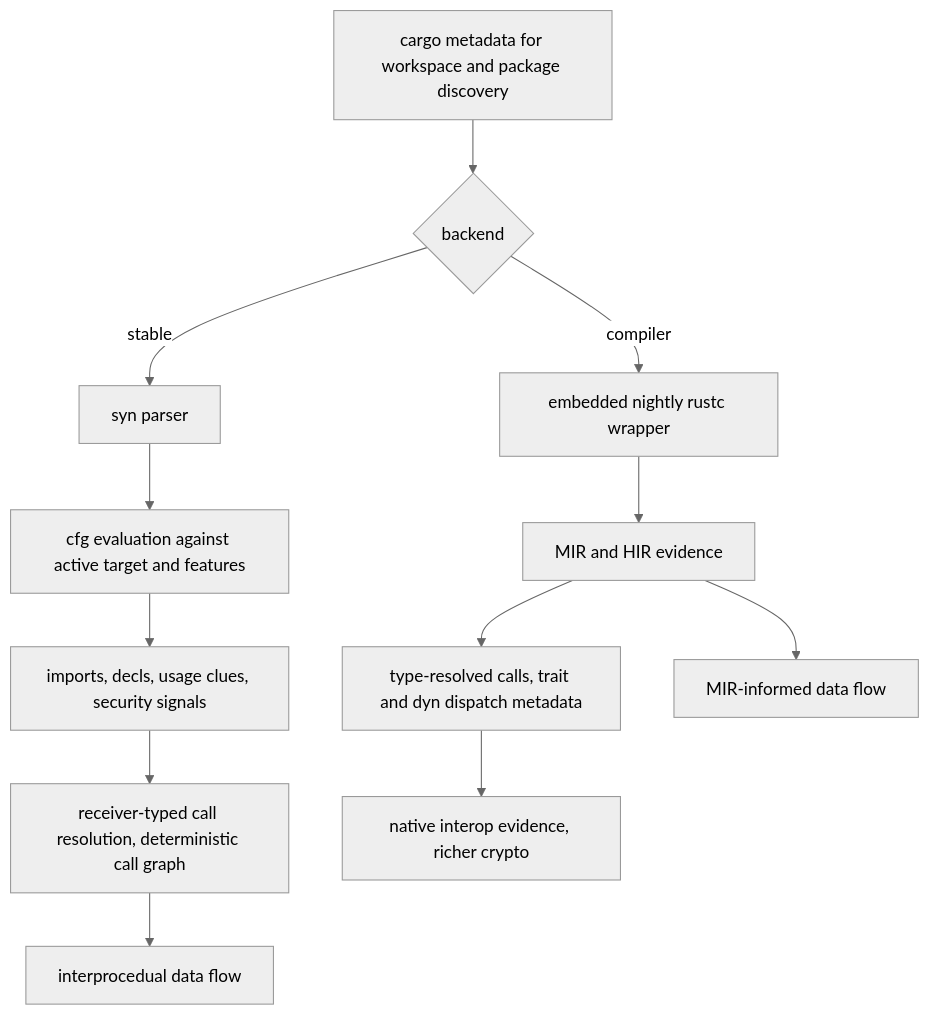
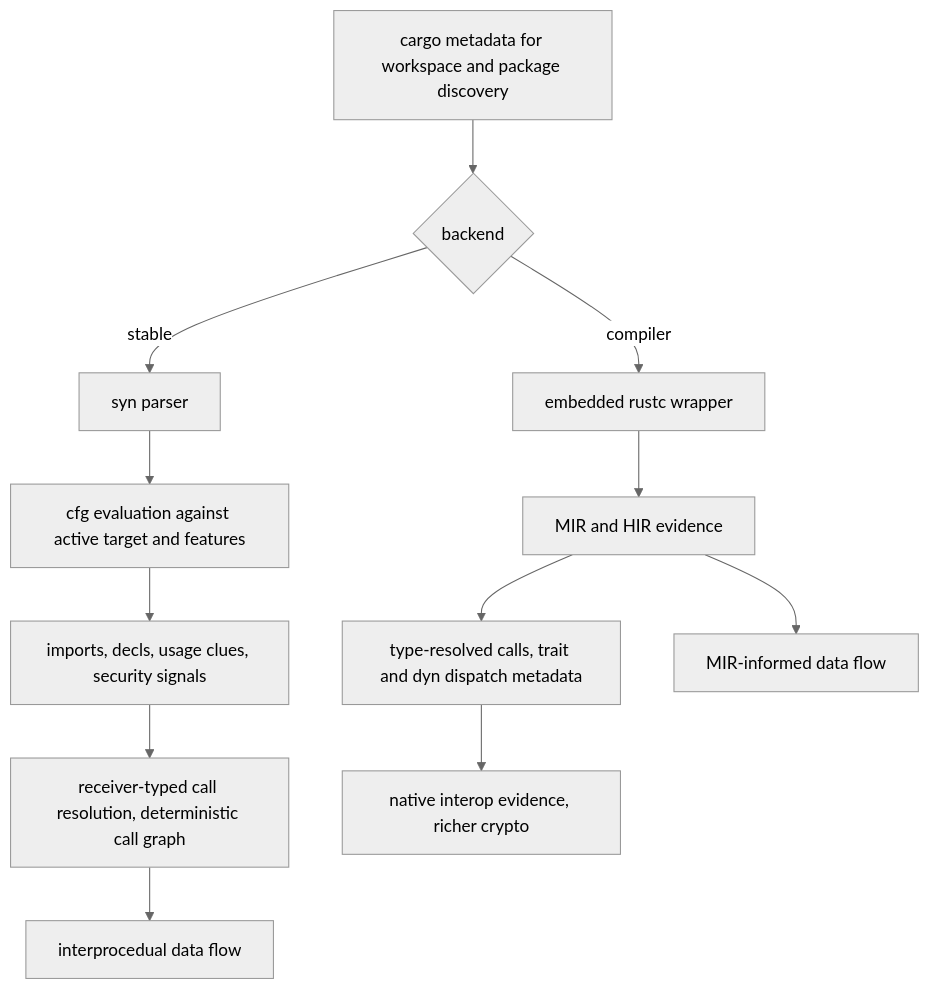
One commit to cdxgen/cdxgen-plugins-bin changed the diagram in docs/RUSI.md. Above: the diagram before and after it, drawn with Mermaid (neutral theme). The commit also changed other lines of this file and 2 other files, not shown here.

````diff
--- a/docs/RUSI.md
+++ b/docs/RUSI.md
@@ -29,14 +29,14 @@
 ```mermaid
 flowchart TB
   M[cargo metadata for workspace and package discovery] --> S{backend}
   S -->|stable| SY[syn parser]
   SY --> C1[cfg evaluation against active target and features]
   C1 --> R1[imports, decls, usage clues, security signals]
   R1 --> G1[receiver-typed call resolution, deterministic call graph]
   G1 --> D1[interprocedual data flow]
-  S -->|compiler| RC[embedded nightly rustc wrapper]
+  S -->|compiler| RC[embedded rustc wrapper]
   RC --> H[MIR and HIR evidence]
   H --> R2[type-resolved calls, trait and dyn dispatch metadata]
   R2 --> G2[native interop evidence, richer crypto]
   H --> D2[MIR-informed data flow]
 ```
````
